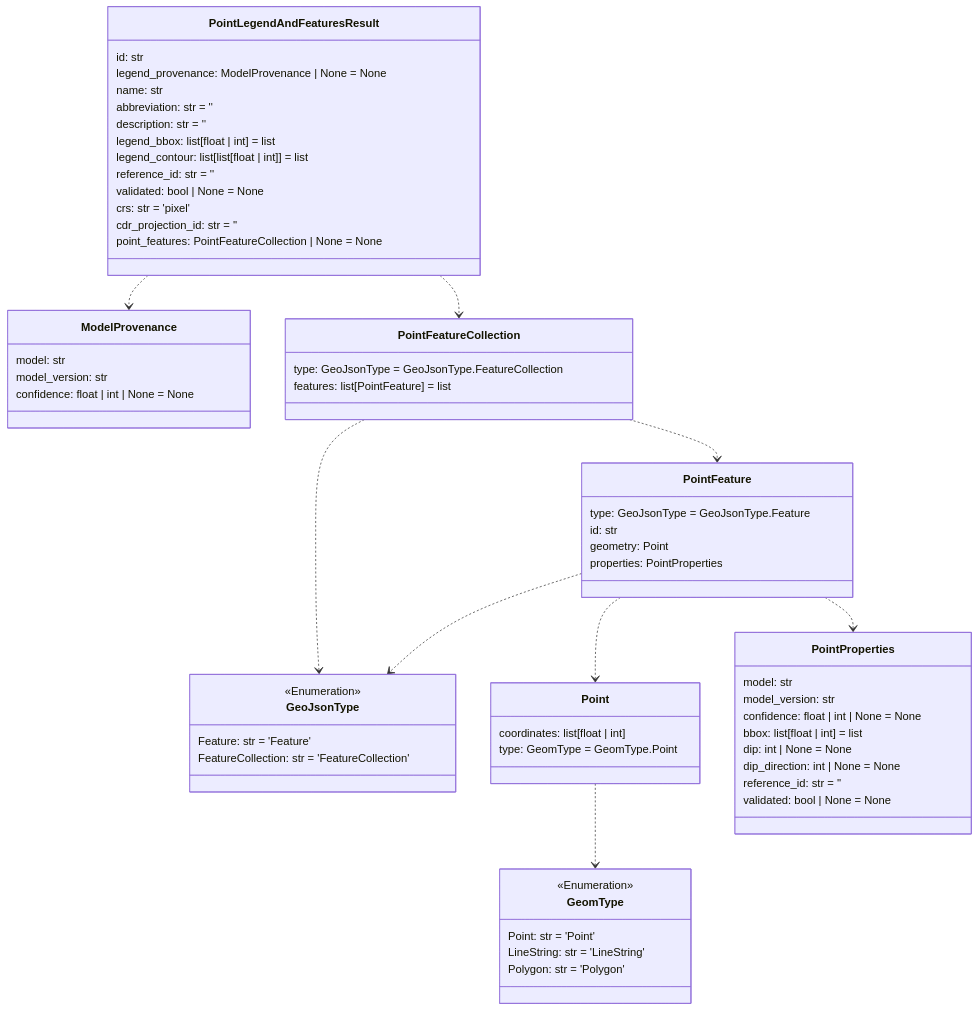
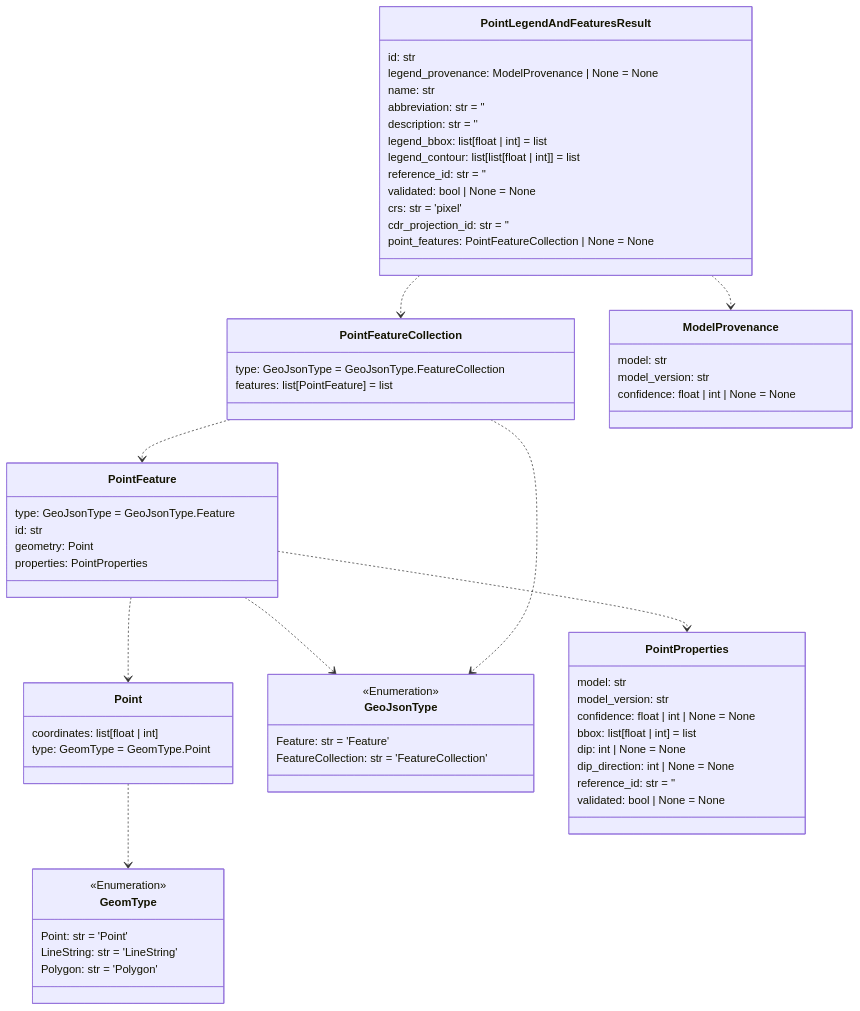
Before and after one commit to DARPA-CRITICALMAAS/cdr_schemas: the fifth of 14 diagrams in README.md, drawn with Mermaid. The commit also changed other lines of this file and 1 other file, not shown here.

````diff
--- a/README.md
+++ b/README.md
@@ -368,76 +368,76 @@
 ```mermaid
 classDiagram
+
+    class PointFeatureCollection {
+        type: GeoJsonType = GeoJsonType.FeatureCollection
+        features: list[PointFeature] = list
+    }
+
+    class PointFeature {
+        type: GeoJsonType = GeoJsonType.Feature
+        id: str
+        geometry: Point
+        properties: PointProperties
+    }
 
     class ModelProvenance {
         model: str
         model_version: str
         confidence: float | int | None = None
     }
 
-    class Point {
-        coordinates: list[float | int]
-        type: GeomType = GeomType.Point
-    }
-
-    class PointFeatureCollection {
-        type: GeoJsonType = GeoJsonType.FeatureCollection
-        features: list[PointFeature] = list
-    }
-
-    class GeoJsonType {
+    class GeomType {
         <<Enumeration>>
-        Feature: str = 'Feature'
-        FeatureCollection: str = 'FeatureCollection'
+        Point: str = 'Point'
+        LineString: str = 'LineString'
+        Polygon: str = 'Polygon'
     }
 
     class PointLegendAndFeaturesResult {
         id: str
         legend_provenance: ModelProvenance | None = None
         name: str
         abbreviation: str = ''
         description: str = ''
         legend_bbox: list[float | int] = list
         legend_contour: list[list[float | int]] = list
         reference_id: str = ''
         validated: bool | None = None
         crs: str = 'pixel'
         cdr_projection_id: str = ''
         point_features: PointFeatureCollection | None = None
     }
 
+    class Point {
+        coordinates: list[float | int]
+        type: GeomType = GeomType.Point
+    }
+
+    class GeoJsonType {
+        <<Enumeration>>
+        Feature: str = 'Feature'
+        FeatureCollection: str = 'FeatureCollection'
+    }
+
     class PointProperties {
         model: str
         model_version: str
         confidence: float | int | None = None
         bbox: list[float | int] = list
         dip: int | None = None
         dip_direction: int | None = None
         reference_id: str = ''
         validated: bool | None = None
     }
 
-    class PointFeature {
-        type: GeoJsonType = GeoJsonType.Feature
-        id: str
-        geometry: Point
-        properties: PointProperties
-    }
-
-    class GeomType {
-        <<Enumeration>>
-        Point: str = 'Point'
-        LineString: str = 'LineString'
-        Polygon: str = 'Polygon'
-    }
-
     Point ..> GeomType
+    PointFeature ..> Point
     PointFeature ..> GeoJsonType
-    PointFeature ..> Point
     PointFeature ..> PointProperties
+    PointFeatureCollection ..> PointFeature
     PointFeatureCollection ..> GeoJsonType
-    PointFeatureCollection ..> PointFeature
     PointLegendAndFeaturesResult ..> ModelProvenance
     PointLegendAndFeaturesResult ..> PointFeatureCollection
 
 
 ```
````
